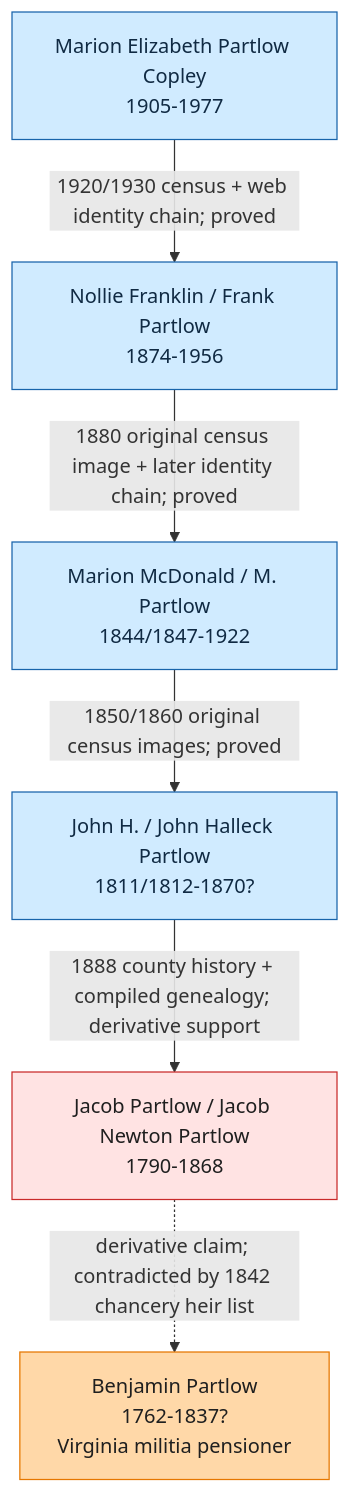
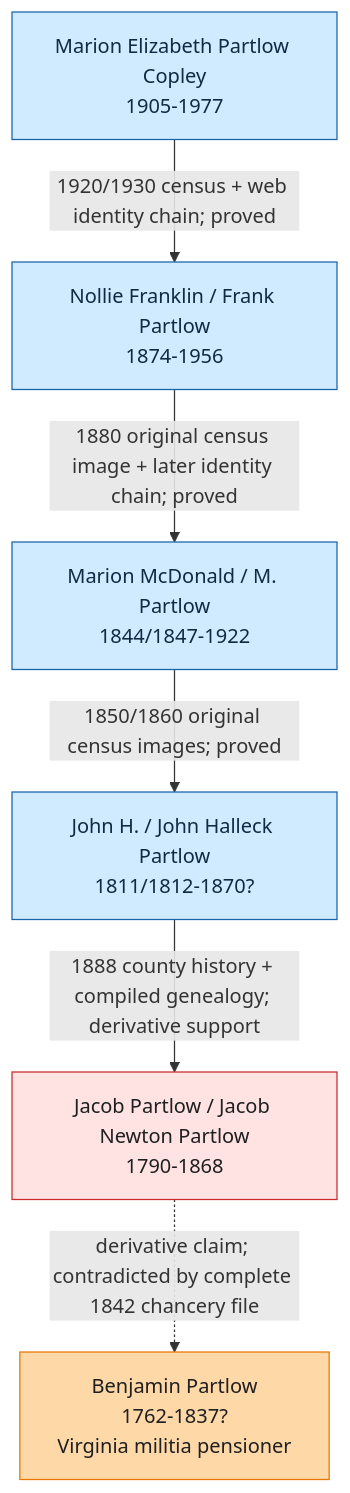
Before and after one commit to zcopley/copley-family-research: the first of 2 diagrams in RQ-P1-PARTLOW-REVOLUTIONARY-LINE.md, drawn with Mermaid. The commit also changed other lines of this file and 18 other files, not shown here.

Commit message:
Integrate complete Rappahannock Partlow chancery review

````diff
--- a/RQ-P1-PARTLOW-REVOLUTIONARY-LINE.md
+++ b/RQ-P1-PARTLOW-REVOLUTIONARY-LINE.md
@@ -43,24 +43,24 @@
 ```mermaid
 graph TD
     ME["Marion Elizabeth Partlow Copley<br/>1905-1977"]
     NF["Nollie Franklin / Frank Partlow<br/>1874-1956"]
     MM["Marion McDonald / M. Partlow<br/>1844/1847-1922"]
     JH["John H. / John Halleck Partlow<br/>1811/1812-1870?"]
     JP["Jacob Partlow / Jacob Newton Partlow<br/>1790-1868"]
     BP["Benjamin Partlow<br/>1762-1837?<br/>Virginia militia pensioner"]
 
     ME -->|"1920/1930 census + web identity chain; proved"| NF
     NF -->|"1880 original census image + later identity chain; proved"| MM
     MM -->|"1850/1860 original census images; proved"| JH
     JH -->|"1888 county history + compiled genealogy; derivative support"| JP
-    JP -. "derivative claim; contradicted by 1842 chancery heir list" .-> BP
+    JP -. "derivative claim; contradicted by complete 1842 chancery file" .-> BP
 
     class ME,NF,MM,JH censusLead
     class JP proofGap
     class BP contradicted
 
     classDef familySource fill:#fff3bf,stroke:#8a6d00,color:#1f1f1f;
     classDef censusLead fill:#d0ebff,stroke:#1864ab,color:#102a43;
     classDef proofGap fill:#ffe3e3,stroke:#c92a2a,color:#1f1f1f;
     classDef contradicted fill:#ffd8a8,stroke:#e67700,color:#1f1f1f;
 ```
````
